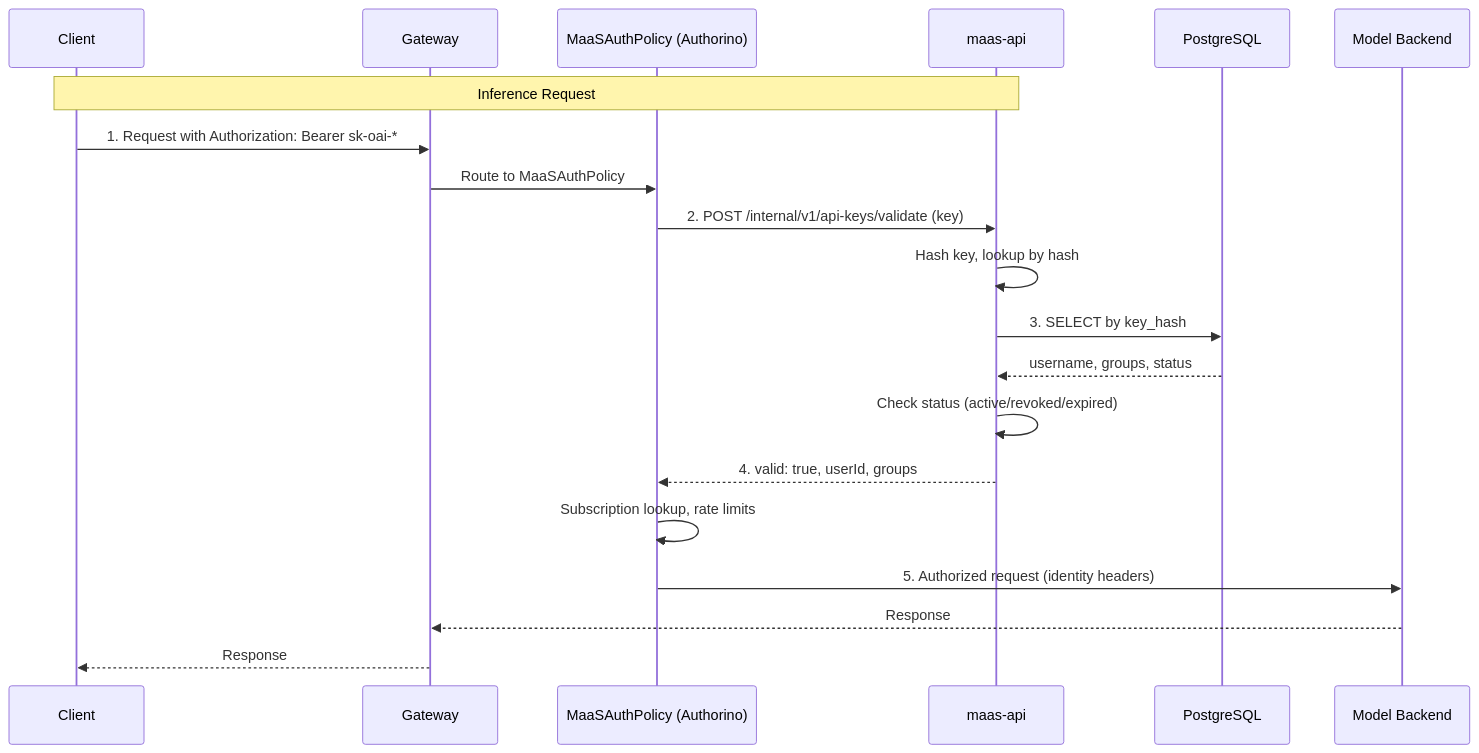
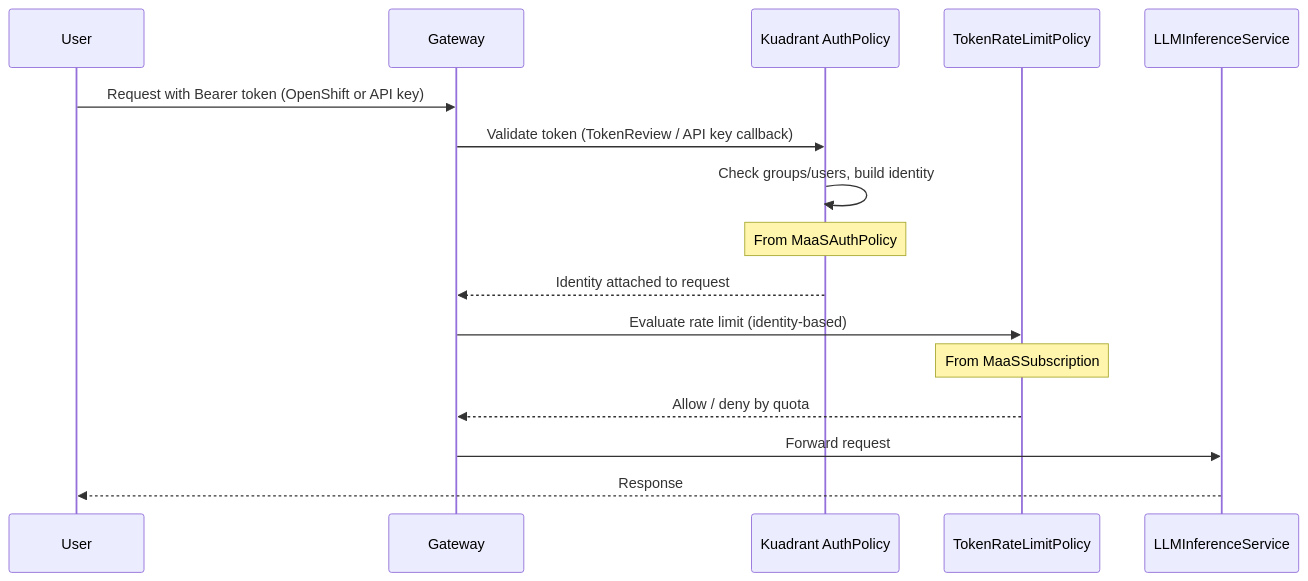
The first of 2 diagrams in docs/content/configuration-and-management/token-management.md (opendatahub-io/models-as-a-service), drawn with Mermaid before and after one commit. The commit also changed other lines of this file and 26 other files, not shown here.

````diff
--- a/docs/content/configuration-and-management/token-management.md
+++ b/docs/content/configuration-and-management/token-management.md
@@ -88,23 +56,19 @@
 ```mermaid
 sequenceDiagram
-    participant User as Client
+    participant User
     participant Gateway
-    participant AuthPolicy as MaaSAuthPolicy (Authorino)
-    participant MaaS as maas-api
-    participant DB as PostgreSQL
-    participant Model as Model Backend
+    participant AuthPolicy as Kuadrant AuthPolicy
+    participant TRLP as TokenRateLimitPolicy
+    participant Backend as LLMInferenceService
 
-    Note over User,MaaS: Inference Request
-    User->>Gateway: 1. Request with Authorization: Bearer sk-oai-*
-    Gateway->>AuthPolicy: Route to MaaSAuthPolicy
-    AuthPolicy->>MaaS: 2. POST /internal/v1/api-keys/validate (key)
-    MaaS->>MaaS: Hash key, lookup by hash
-    MaaS->>DB: 3. SELECT by key_hash
-    DB-->>MaaS: username, groups, status
-    MaaS->>MaaS: Check status (active/revoked/expired)
-    MaaS-->>AuthPolicy: 4. valid: true, userId, groups
-    AuthPolicy->>AuthPolicy: Subscription lookup, rate limits
-    AuthPolicy->>Model: 5. Authorized request (identity headers)
-    Model-->>Gateway: Response
-    Gateway-->>User: Response
+    User->>Gateway: Request with Bearer token (OpenShift or API key)
+    Gateway->>AuthPolicy: Validate token (TokenReview / API key callback)
+    AuthPolicy->>AuthPolicy: Check groups/users, build identity
+    Note over AuthPolicy: From MaaSAuthPolicy
+    AuthPolicy-->>Gateway: Identity attached to request
+    Gateway->>TRLP: Evaluate rate limit (identity-based)
+    Note over TRLP: From MaaSSubscription
+    TRLP-->>Gateway: Allow / deny by quota
+    Gateway->>Backend: Forward request
+    Backend-->>User: Response
 ```
````
